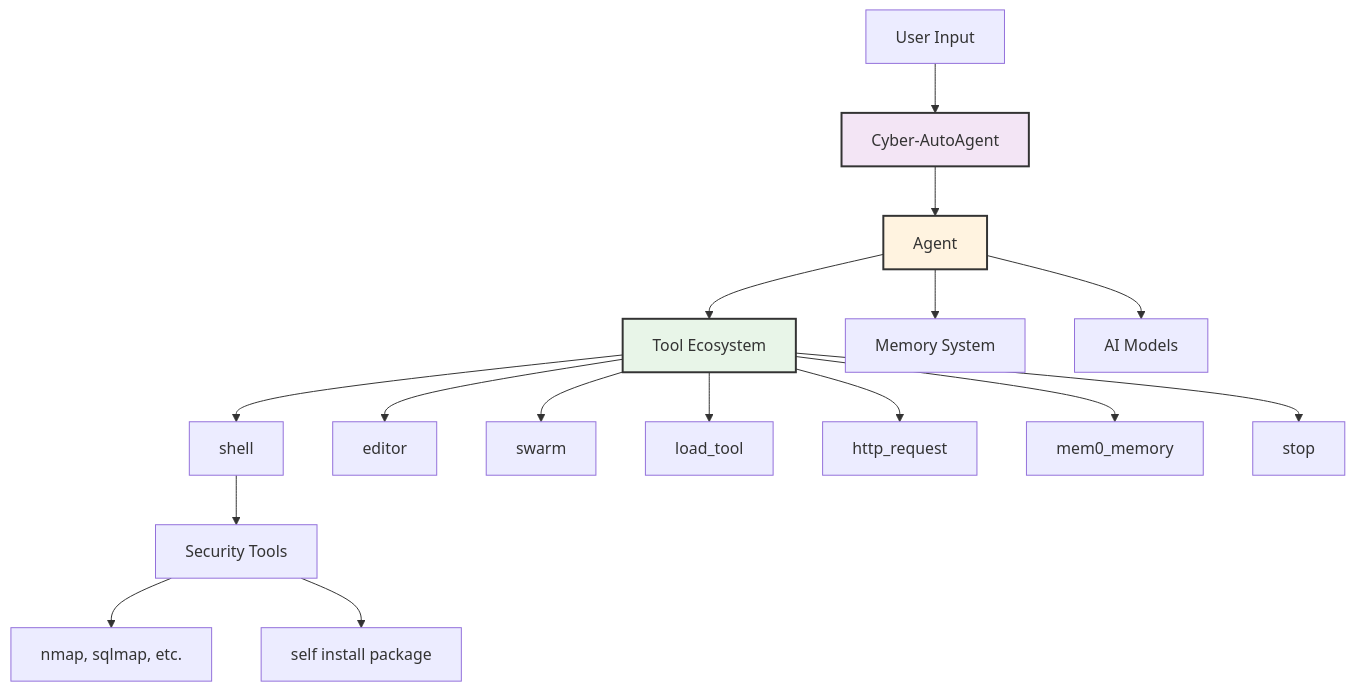
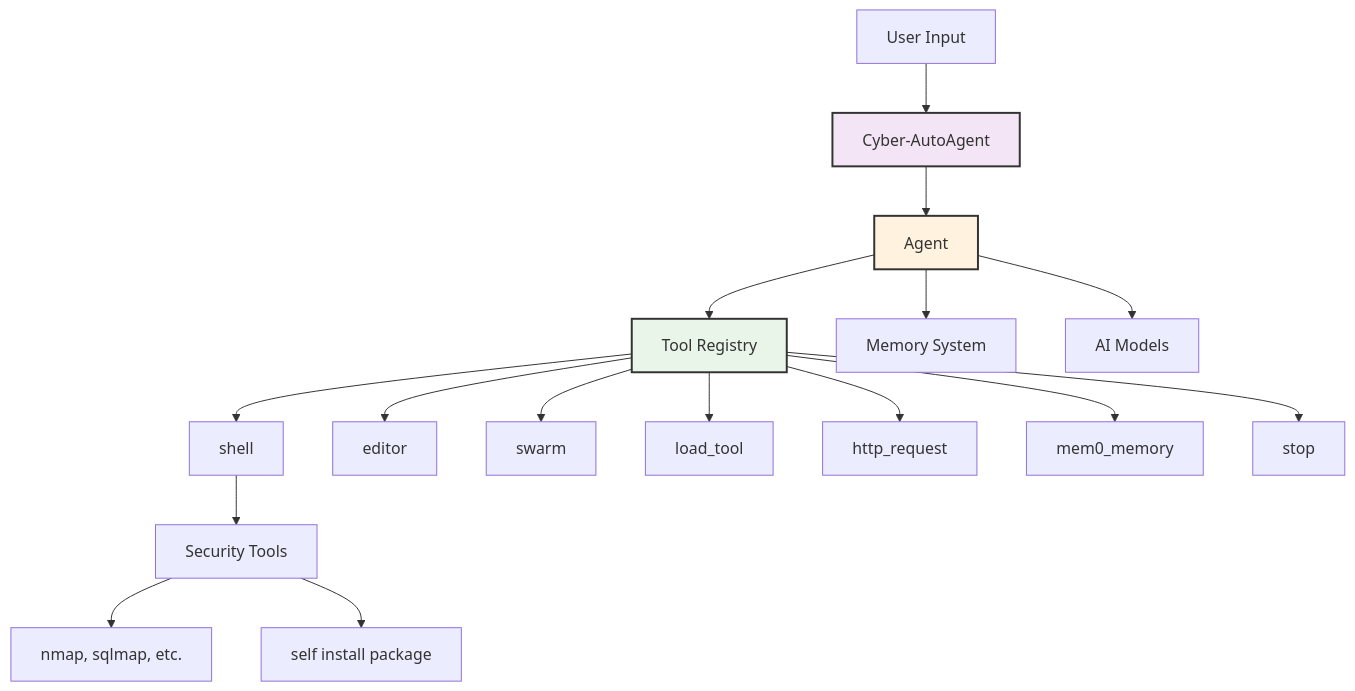
The first of 5 diagrams in docs/architecture.md (westonbrown/Cyber-AutoAgent), drawn with Mermaid before and after one commit. The commit also changed other lines of this file and 8 other files, not shown here.

````diff
--- a/docs/architecture.md
+++ b/docs/architecture.md
@@ -26,24 +26,24 @@
 ```mermaid
 graph TB
     A[User Input] --> B[Cyber-AutoAgent]
     B --> C[Agent]
-    C --> D[Tool Ecosystem]
+    C --> D[Tool Registry]
     C --> E[Memory System]
     C --> F[AI Models]
     
     D --> G[shell]
     D --> H[editor] 
     D --> I[swarm]
     D --> J[load_tool]
     D --> K[http_request]
     D --> L[mem0_memory]
     D --> M[stop]
     
     G --> N[Security Tools]
     N --> O[nmap, sqlmap, etc.]
     N --> P[self install package]
     
     style B fill:#f3e5f5,stroke:#333,stroke-width:2px
     style C fill:#fff3e0,stroke:#333,stroke-width:2px
     style D fill:#e8f5e8,stroke:#333,stroke-width:2px
 ```
````
